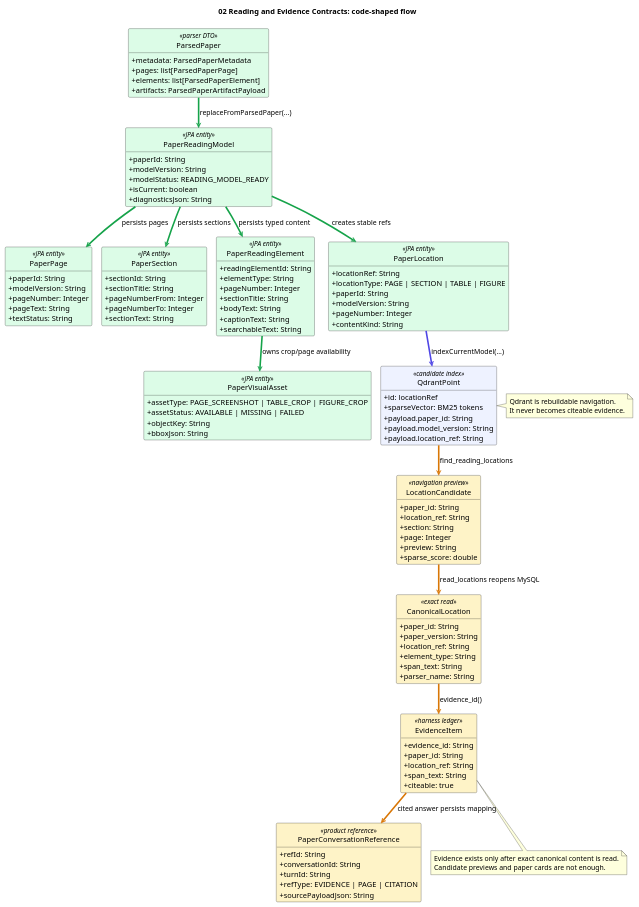
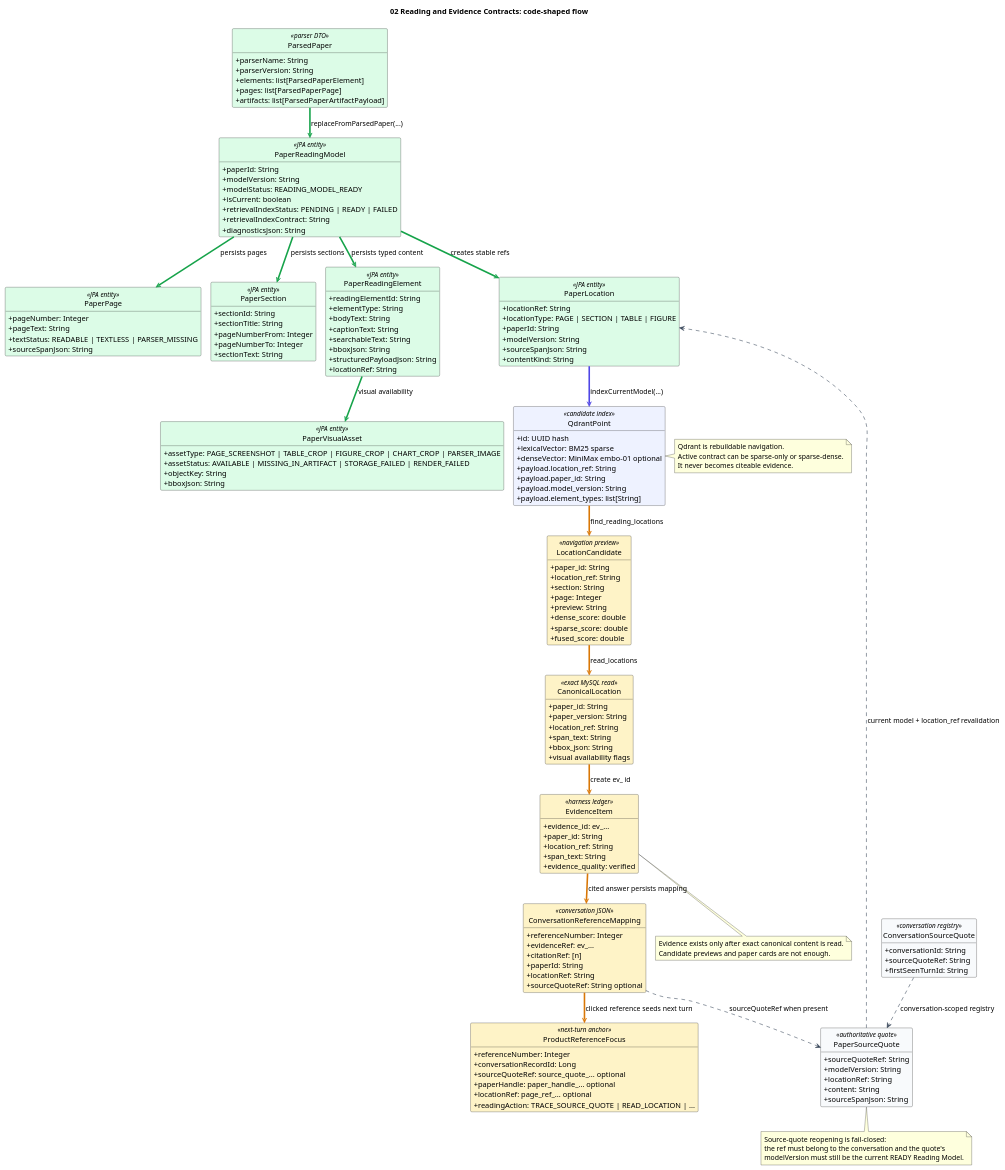
Before and after one commit to CHZarles/paperloom: the diagram in diagrams/review-02-reading-evidence-contracts.puml, drawn with PlantUML. The commit also changed 61 other files, not shown here.

```diff
--- a/diagrams/review-02-reading-evidence-contracts.puml
+++ b/diagrams/review-02-reading-evidence-contracts.puml
@@ -1,134 +1,177 @@
 @startuml review_02_reading_evidence_contracts
 !pragma layout smetana
 title 02 Reading and Evidence Contracts: code-shaped flow
 
 top to bottom direction
 skinparam classAttributeIconSize 0
 skinparam shadowing false
 skinparam defaultFontName "Arial"
 skinparam ArrowColor #334155
 hide circle
 hide empty methods
 
 class ParsedPaper <<parser DTO>> #DCFCE7 {
-  +metadata: ParsedPaperMetadata
+  +parserName: String
+  +parserVersion: String
+  +elements: list[ParsedPaperElement]
   +pages: list[ParsedPaperPage]
-  +elements: list[ParsedPaperElement]
-  +artifacts: ParsedPaperArtifactPayload
+  +artifacts: list[ParsedPaperArtifactPayload]
 }
 
 class PaperReadingModel <<JPA entity>> #DCFCE7 {
   +paperId: String
   +modelVersion: String
   +modelStatus: READING_MODEL_READY
   +isCurrent: boolean
+  +retrievalIndexStatus: PENDING | READY | FAILED
+  +retrievalIndexContract: String
   +diagnosticsJson: String
 }
 
 class PaperPage <<JPA entity>> #DCFCE7 {
-  +paperId: String
-  +modelVersion: String
   +pageNumber: Integer
   +pageText: String
-  +textStatus: String
+  +textStatus: READABLE | TEXTLESS | PARSER_MISSING
+  +sourceSpanJson: String
 }
 
 class PaperSection <<JPA entity>> #DCFCE7 {
   +sectionId: String
   +sectionTitle: String
   +pageNumberFrom: Integer
   +pageNumberTo: Integer
   +sectionText: String
 }
 
 class PaperReadingElement <<JPA entity>> #DCFCE7 {
   +readingElementId: String
   +elementType: String
-  +pageNumber: Integer
-  +sectionTitle: String
   +bodyText: String
   +captionText: String
   +searchableText: String
+  +bboxJson: String
+  +structuredPayloadJson: String
+  +locationRef: String
 }
 
 class PaperLocation <<JPA entity>> #DCFCE7 {
   +locationRef: String
   +locationType: PAGE | SECTION | TABLE | FIGURE
   +paperId: String
   +modelVersion: String
-  +pageNumber: Integer
+  +sourceSpanJson: String
   +contentKind: String
 }
 
 class PaperVisualAsset <<JPA entity>> #DCFCE7 {
-  +assetType: PAGE_SCREENSHOT | TABLE_CROP | FIGURE_CROP
-  +assetStatus: AVAILABLE | MISSING | FAILED
+  +assetType: PAGE_SCREENSHOT | TABLE_CROP | FIGURE_CROP | CHART_CROP | PARSER_IMAGE
+  +assetStatus: AVAILABLE | MISSING_IN_ARTIFACT | STORAGE_FAILED | RENDER_FAILED
   +objectKey: String
   +bboxJson: String
 }
 
 class QdrantPoint <<candidate index>> #EEF2FF {
-  +id: locationRef
-  +sparseVector: BM25 tokens
+  +id: UUID hash
+  +lexicalVector: BM25 sparse
+  +denseVector: MiniMax embo-01 optional
+  +payload.location_ref: String
   +payload.paper_id: String
   +payload.model_version: String
-  +payload.location_ref: String
+  +payload.element_types: list[String]
 }
 
 class LocationCandidate <<navigation preview>> #FEF3C7 {
   +paper_id: String
   +location_ref: String
   +section: String
   +page: Integer
   +preview: String
+  +dense_score: double
   +sparse_score: double
+  +fused_score: double
 }
 
-class CanonicalLocation <<exact read>> #FEF3C7 {
+class CanonicalLocation <<exact MySQL read>> #FEF3C7 {
   +paper_id: String
   +paper_version: String
   +location_ref: String
-  +element_type: String
   +span_text: String
-  +parser_name: String
+  +bbox_json: String
+  +visual availability flags
 }
 
 class EvidenceItem <<harness ledger>> #FEF3C7 {
-  +evidence_id: String
+  +evidence_id: ev_...
   +paper_id: String
   +location_ref: String
   +span_text: String
-  +citeable: true
+  +evidence_quality: verified
 }
 
-class PaperConversationReference <<product reference>> #FEF3C7 {
-  +refId: String
+class ConversationReferenceMapping <<conversation JSON>> #FEF3C7 {
+  +referenceNumber: Integer
+  +evidenceRef: ev_...
+  +citationRef: [n]
+  +paperId: String
+  +locationRef: String
+  +sourceQuoteRef: String optional
+}
+
+class ProductReferenceFocus <<next-turn anchor>> #FEF3C7 {
+  +referenceNumber: Integer
+  +conversationRecordId: Long
+  +sourceQuoteRef: source_quote_... optional
+  +paperHandle: paper_handle_... optional
+  +locationRef: page_ref_... optional
+  +readingAction: TRACE_SOURCE_QUOTE | READ_LOCATION | ...
+}
+
+class PaperSourceQuote <<authoritative quote>> #F8FAFC {
+  +sourceQuoteRef: String
+  +modelVersion: String
+  +locationRef: String
+  +content: String
+  +sourceSpanJson: String
+}
+
+class ConversationSourceQuote <<conversation registry>> #F8FAFC {
   +conversationId: String
-  +turnId: String
-  +refType: EVIDENCE | PAGE | CITATION
-  +sourcePayloadJson: String
+  +sourceQuoteRef: String
+  +firstSeenTurnId: String
 }
 
 ParsedPaper -[#16A34A,thickness=3]-> PaperReadingModel : replaceFromParsedPaper(...)
 PaperReadingModel -[#16A34A,thickness=3]-> PaperPage : persists pages
 PaperReadingModel -[#16A34A,thickness=3]-> PaperSection : persists sections
 PaperReadingModel -[#16A34A,thickness=3]-> PaperReadingElement : persists typed content
 PaperReadingModel -[#16A34A,thickness=3]-> PaperLocation : creates stable refs
-PaperReadingElement -[#16A34A,thickness=3]-> PaperVisualAsset : owns crop/page availability
+PaperReadingElement -[#16A34A,thickness=3]-> PaperVisualAsset : visual availability
 
 PaperLocation -[#4F46E5,thickness=3]-> QdrantPoint : indexCurrentModel(...)
 QdrantPoint -[#D97706,thickness=3]-> LocationCandidate : find_reading_locations
-LocationCandidate -[#D97706,thickness=3]-> CanonicalLocation : read_locations reopens MySQL
-CanonicalLocation -[#D97706,thickness=3]-> EvidenceItem : evidence_id()
-EvidenceItem -[#D97706,thickness=3]-> PaperConversationReference : cited answer persists mapping
+LocationCandidate -[#D97706,thickness=3]-> CanonicalLocation : read_locations
+CanonicalLocation -[#D97706,thickness=3]-> EvidenceItem : create ev_ id
+EvidenceItem -[#D97706,thickness=3]-> ConversationReferenceMapping : cited answer persists mapping
+ConversationReferenceMapping -[#D97706,thickness=3]-> ProductReferenceFocus : clicked reference seeds next turn
+
+ConversationReferenceMapping ..> PaperSourceQuote : sourceQuoteRef when present
+ConversationSourceQuote ..> PaperSourceQuote : conversation-scoped registry
+PaperSourceQuote ..> PaperLocation : current model + location_ref revalidation
 
 note right of QdrantPoint
 Qdrant is rebuildable navigation.
+Active contract can be sparse-only or sparse-dense.
 It never becomes citeable evidence.
 end note
 
 note bottom of EvidenceItem
 Evidence exists only after exact canonical content is read.
 Candidate previews and paper cards are not enough.
 end note
+
+note bottom of PaperSourceQuote
+Source-quote reopening is fail-closed:
+the ref must belong to the conversation and the quote's
+modelVersion must still be the current READY Reading Model.
+end note
 @enduml
```
